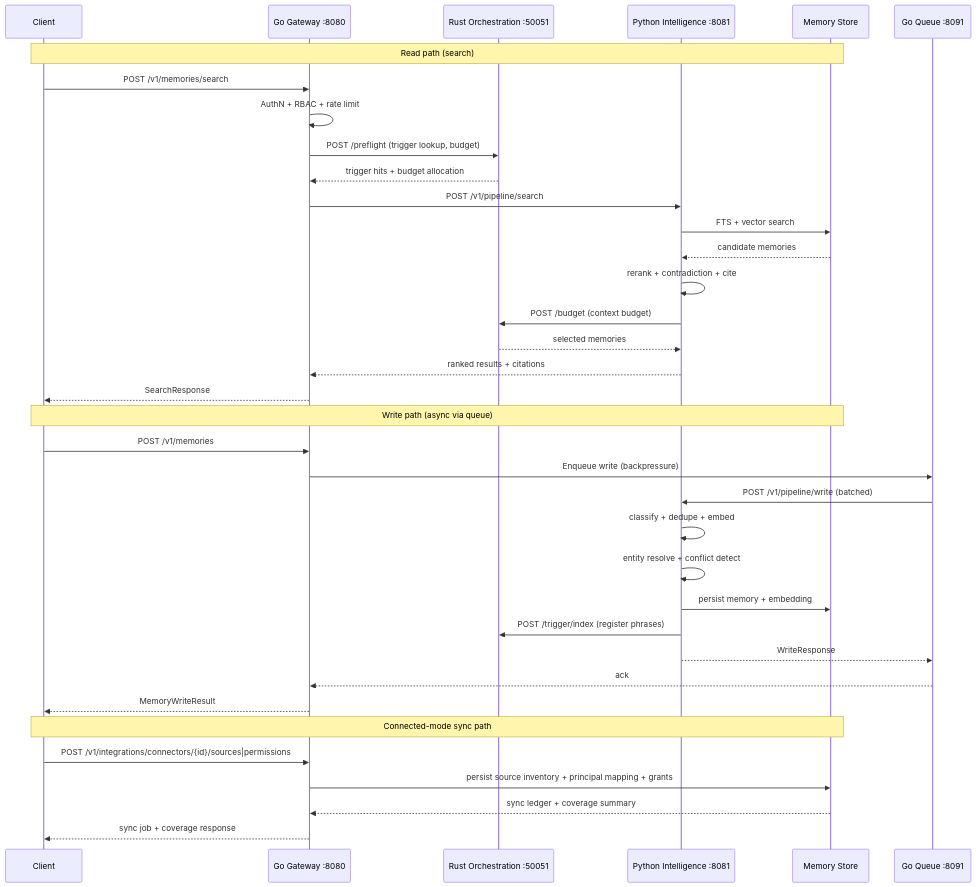
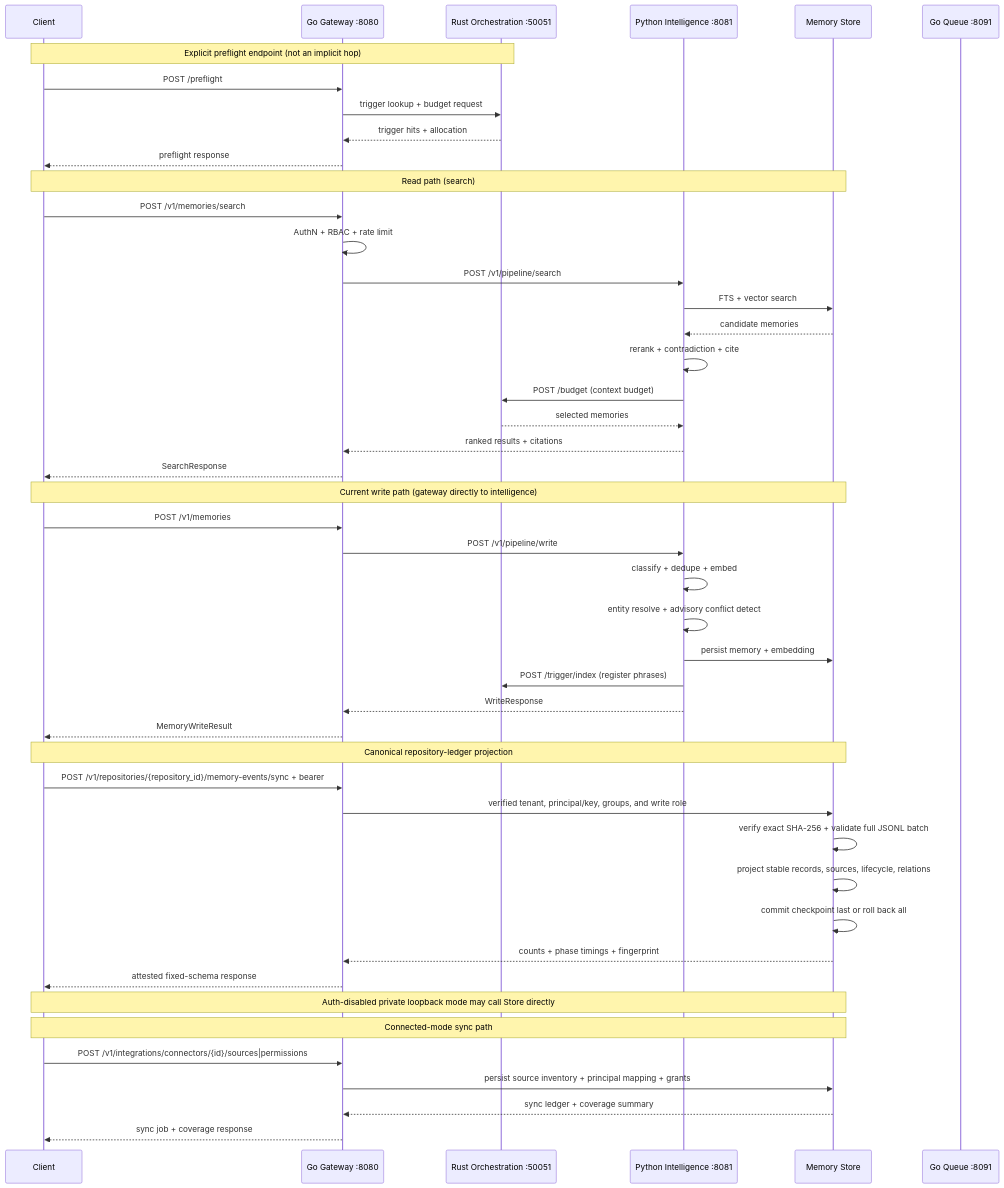
One commit to ayushozha/provena changed the fourth of 4 diagrams in ARCHITECTURE.md. Above: the diagram before and after it, drawn with Mermaid. The commit also changed other lines of this file and 103 other files, not shown here.

First line of the commit message:
feat: build Provena's living repository memory system (#51)

````diff
--- a/ARCHITECTURE.md
+++ b/ARCHITECTURE.md
@@ -116,41 +186,54 @@
 ```mermaid
 sequenceDiagram
     participant Client
     participant Gateway as Go Gateway :8080
     participant Orch as Rust Orchestration :50051
     participant Intel as Python Intelligence :8081
     participant Store as Memory Store
     participant Queue as Go Queue :8091
 
+    Note over Client,Orch: Explicit preflight endpoint (not an implicit hop)
+    Client->>Gateway: POST /preflight
+    Gateway->>Orch: trigger lookup + budget request
+    Orch-->>Gateway: trigger hits + allocation
+    Gateway-->>Client: preflight response
+
     Note over Client,Store: Read path (search)
     Client->>Gateway: POST /v1/memories/search
     Gateway->>Gateway: AuthN + RBAC + rate limit
-    Gateway->>Orch: POST /preflight (trigger lookup, budget)
-    Orch-->>Gateway: trigger hits + budget allocation
     Gateway->>Intel: POST /v1/pipeline/search
     Intel->>Store: FTS + vector search
     Store-->>Intel: candidate memories
     Intel->>Intel: rerank + contradiction + cite
     Intel->>Orch: POST /budget (context budget)
     Orch-->>Intel: selected memories
     Intel-->>Gateway: ranked results + citations
     Gateway-->>Client: SearchResponse
 
-    Note over Client,Store: Write path (async via queue)
+    Note over Client,Store: Current write path (gateway directly to intelligence)
     Client->>Gateway: POST /v1/memories
-    Gateway->>Queue: Enqueue write (backpressure)
-    Queue->>Intel: POST /v1/pipeline/write (batched)
+    Gateway->>Intel: POST /v1/pipeline/write
     Intel->>Intel: classify + dedupe + embed
-    Intel->>Intel: entity resolve + conflict detect
+    Intel->>Intel: entity resolve + advisory conflict detect
     Intel->>Store: persist memory + embedding
     Intel->>Orch: POST /trigger/index (register phrases)
-    Intel-->>Queue: WriteResponse
-    Queue-->>Gateway: ack
+    Intel-->>Gateway: WriteResponse
     Gateway-->>Client: MemoryWriteResult
+
+    Note over Client,Store: Canonical repository-ledger projection
+    Client->>Gateway: POST /v1/repositories/{repository_id}/memory-events/sync + bearer
+    Gateway->>Store: verified tenant, principal/key, groups, and write role
+    Store->>Store: verify exact SHA-256 + validate full JSONL batch
+    Store->>Store: project stable records, sources, lifecycle, relations
+    Store->>Store: commit checkpoint last or roll back all
+    Store-->>Gateway: counts + phase timings + fingerprint
+    Gateway-->>Client: attested fixed-schema response
+
+    Note over Client,Store: Auth-disabled private loopback mode may call Store directly
 
     Note over Client,Store: Connected-mode sync path
     Client->>Gateway: POST /v1/integrations/connectors/{id}/sources|permissions
     Gateway->>Store: persist source inventory + principal mapping + grants
     Store-->>Gateway: sync ledger + coverage summary
     Gateway-->>Client: sync job + coverage response
 ```
````
